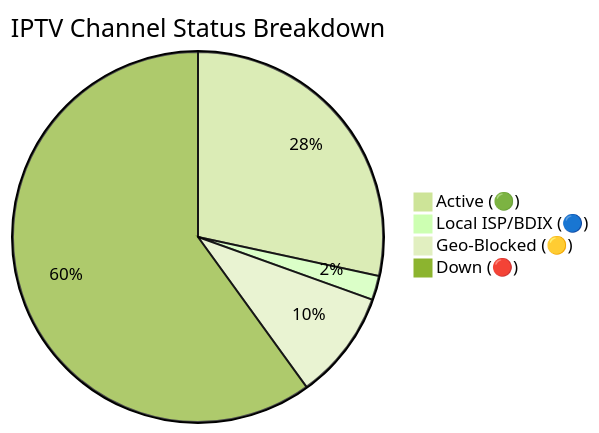
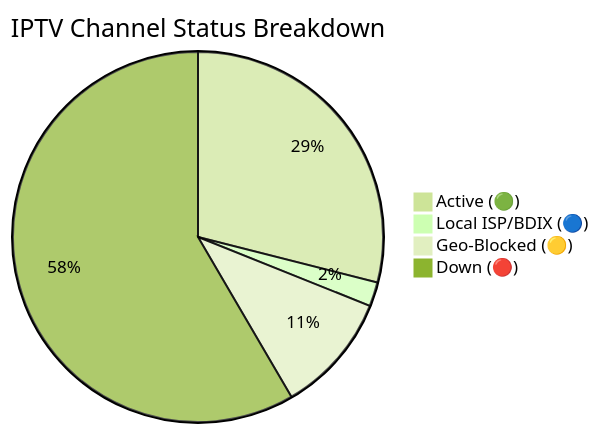
Before and after one commit to andreataylord/Ip-tv-Collection: the diagram in README.md, drawn with Mermaid (forest theme). The commit also changed other lines of this file and 1 other file, not shown here.

Commit message:
docs(readme): auto-update daily channel status chart

````diff
--- a/README.md
+++ b/README.md
@@ -59,7 +59,7 @@
 ```mermaid
 pie title IPTV Channel Status Breakdown
-    "Active (🟢)" : 1723
+    "Active (🟢)" : 1758
     "Local ISP/BDIX (🔵)" : 128
-    "Geo-Blocked (🟡)" : 579
-    "Down (🔴)" : 3640
+    "Geo-Blocked (🟡)" : 638
+    "Down (🔴)" : 3546
 ```
````
